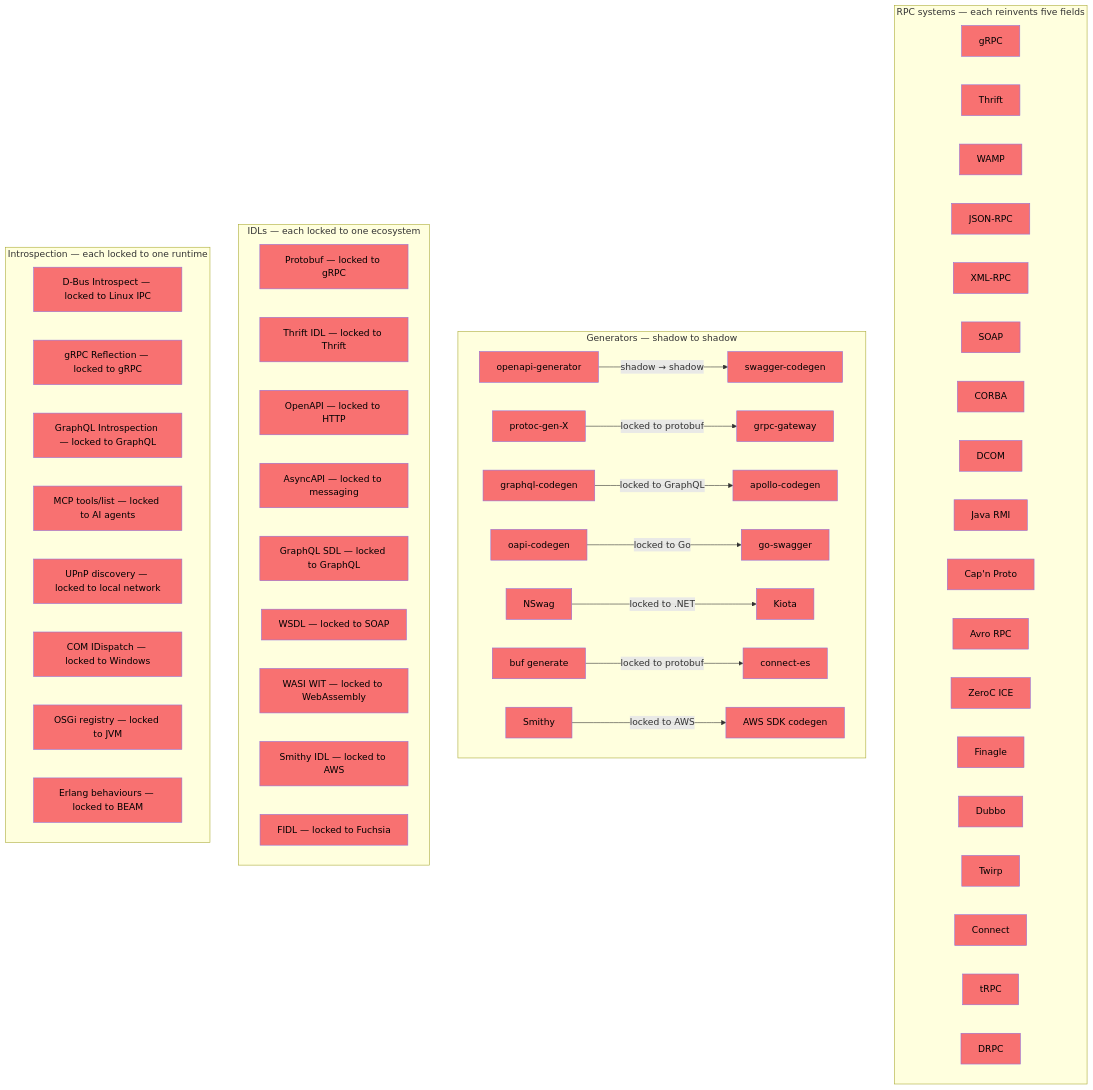
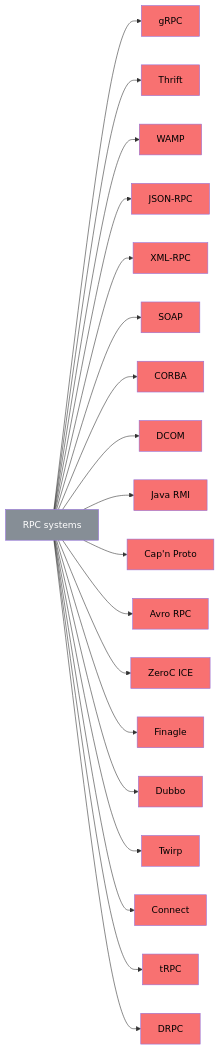
Before and after one commit to thumbrise/op: the second of 8 diagrams in docs/index.md, drawn with Mermaid. The commit also changed other lines of this file, not shown here.

Commit message:
docs(landing): rotate diagrams

````diff
--- a/docs/index.md
+++ b/docs/index.md
@@ -160,59 +97,24 @@
 ```mermaid
-graph TD
-    subgraph "RPC systems — each reinvents five fields"
-        RPC1["gRPC"]
-        RPC2["Thrift"]
-        RPC3["WAMP"]
-        RPC4["JSON-RPC"]
-        RPC5["XML-RPC"]
-        RPC6["SOAP"]
-        RPC7["CORBA"]
-        RPC8["DCOM"]
-        RPC9["Java RMI"]
-        RPC10["Cap'n Proto"]
-        RPC11["Avro RPC"]
-        RPC12["ZeroC ICE"]
-        RPC13["Finagle"]
-        RPC14["Dubbo"]
-        RPC15["Twirp"]
-        RPC16["Connect"]
-        RPC17["tRPC"]
-        RPC18["DRPC"]
-    end
-
-    subgraph "Generators — shadow to shadow"
-        G1["openapi-generator"] -->|"shadow → shadow"| G2["swagger-codegen"]
-        G3["protoc-gen-X"] -->|"locked to protobuf"| G4["grpc-gateway"]
-        G5["graphql-codegen"] -->|"locked to GraphQL"| G6["apollo-codegen"]
-        G7["oapi-codegen"] -->|"locked to Go"| G8["go-swagger"]
-        G9["NSwag"] -->|"locked to .NET"| G10["Kiota"]
-        G11["buf generate"] -->|"locked to protobuf"| G12["connect-es"]
-        G13["Smithy"] -->|"locked to AWS"| G14["AWS SDK codegen"]
-    end
-
-    subgraph "IDLs — each locked to one ecosystem"
-        IDL1["Protobuf — locked to gRPC"]
-        IDL2["Thrift IDL — locked to Thrift"]
-        IDL3["OpenAPI — locked to HTTP"]
-        IDL4["AsyncAPI — locked to messaging"]
-        IDL5["GraphQL SDL — locked to GraphQL"]
-        IDL6["WSDL — locked to SOAP"]
-        IDL7["WASI WIT — locked to WebAssembly"]
-        IDL8["Smithy IDL — locked to AWS"]
-        IDL9["FIDL — locked to Fuchsia"]
-    end
-
-    subgraph "Introspection — each locked to one runtime"
-        INT1["D-Bus Introspect — locked to Linux IPC"]
-        INT2["gRPC Reflection — locked to gRPC"]
-        INT3["GraphQL Introspection — locked to GraphQL"]
-        INT4["MCP tools/list — locked to AI agents"]
-        INT5["UPnP discovery — locked to local network"]
-        INT6["COM IDispatch — locked to Windows"]
-        INT7["OSGi registry — locked to JVM"]
-        INT8["Erlang behaviours — locked to BEAM"]
-    end
-
+graph LR
+    RPC["RPC systems"] --> RPC1["gRPC"]
+    RPC --> RPC2["Thrift"]
+    RPC --> RPC3["WAMP"]
+    RPC --> RPC4["JSON-RPC"]
+    RPC --> RPC5["XML-RPC"]
+    RPC --> RPC6["SOAP"]
+    RPC --> RPC7["CORBA"]
+    RPC --> RPC8["DCOM"]
+    RPC --> RPC9["Java RMI"]
+    RPC --> RPC10["Cap'n Proto"]
+    RPC --> RPC11["Avro RPC"]
+    RPC --> RPC12["ZeroC ICE"]
+    RPC --> RPC13["Finagle"]
+    RPC --> RPC14["Dubbo"]
+    RPC --> RPC15["Twirp"]
+    RPC --> RPC16["Connect"]
+    RPC --> RPC17["tRPC"]
+    RPC --> RPC18["DRPC"]
+    style RPC fill:#868e96,color:#fff
     style RPC1 fill:#f87171,color:#000
     style RPC2 fill:#f87171,color:#000
     style RPC3 fill:#f87171,color:#000
@@ -231,35 +133,4 @@
     style RPC16 fill:#f87171,color:#000
     style RPC17 fill:#f87171,color:#000
     style RPC18 fill:#f87171,color:#000
-    style G1 fill:#f87171,color:#000
-    style G2 fill:#f87171,color:#000
-    style G3 fill:#f87171,color:#000
-    style G4 fill:#f87171,color:#000
-    style G5 fill:#f87171,color:#000
-    style G6 fill:#f87171,color:#000
-    style G7 fill:#f87171,color:#000
-    style G8 fill:#f87171,color:#000
-    style G9 fill:#f87171,color:#000
-    style G10 fill:#f87171,color:#000
-    style G11 fill:#f87171,color:#000
-    style G12 fill:#f87171,color:#000
-    style G13 fill:#f87171,color:#000
-    style G14 fill:#f87171,color:#000
-    style IDL1 fill:#f87171,color:#000
-    style IDL2 fill:#f87171,color:#000
-    style IDL3 fill:#f87171,color:#000
-    style IDL4 fill:#f87171,color:#000
-    style IDL5 fill:#f87171,color:#000
-    style IDL6 fill:#f87171,color:#000
-    style IDL7 fill:#f87171,color:#000
-    style IDL8 fill:#f87171,color:#000
-    style IDL9 fill:#f87171,color:#000
-    style INT1 fill:#f87171,color:#000
-    style INT2 fill:#f87171,color:#000
-    style INT3 fill:#f87171,color:#000
-    style INT4 fill:#f87171,color:#000
-    style INT5 fill:#f87171,color:#000
-    style INT6 fill:#f87171,color:#000
-    style INT7 fill:#f87171,color:#000
-    style INT8 fill:#f87171,color:#000
 ```
````
